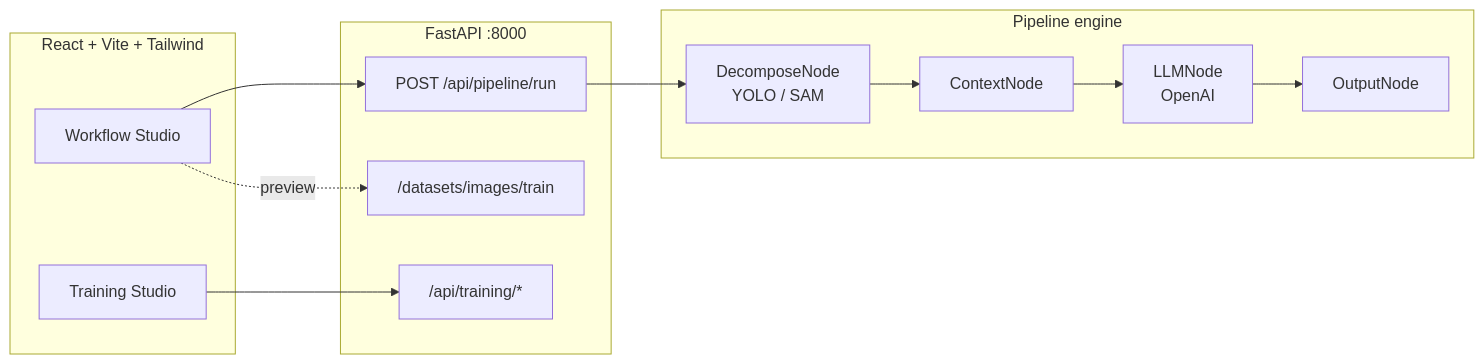
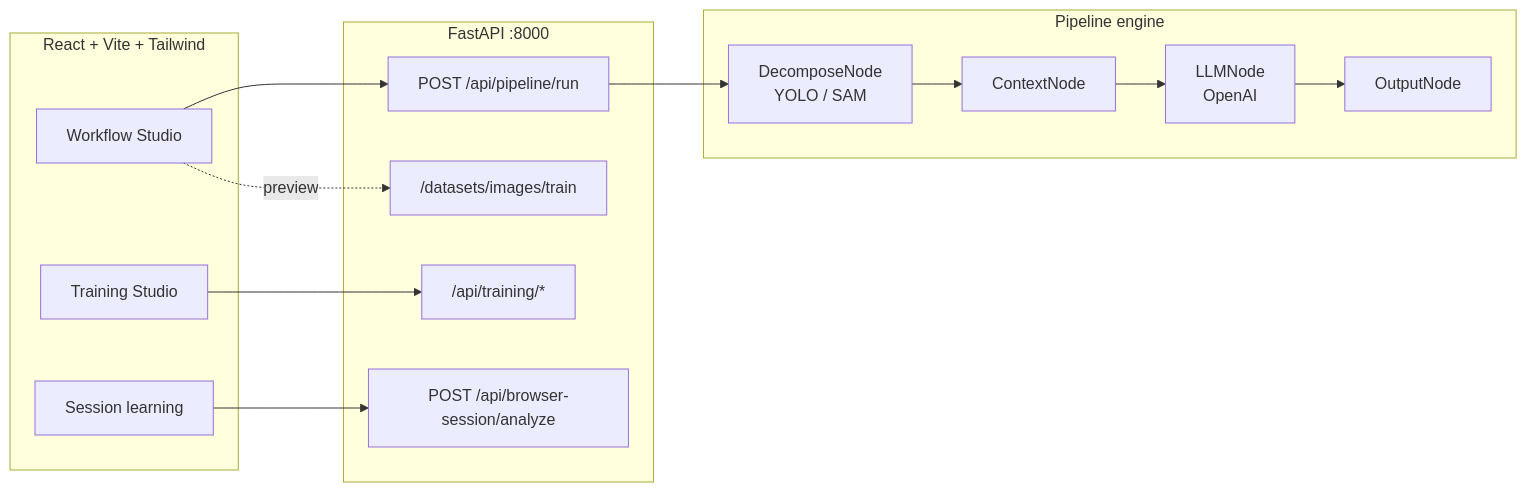
Before and after one commit to harshadindigal-dev/vision-workbench: the diagram in README.md, drawn with Mermaid. The commit also changed other lines of this file and 6 other files, not shown here.

First line of the commit message:
feat(session): analyze screen recordings — timeline, diff hints, optional VLM

````diff
--- a/README.md
+++ b/README.md
@@ -272,26 +273,29 @@
 ```mermaid
 flowchart LR
   subgraph UI["React + Vite + Tailwind"]
     W[Workflow Studio]
     T[Training Studio]
+    S[Session learning]
   end
 
   subgraph API["FastAPI :8000"]
     P["POST /api/pipeline/run"]
     TR["/api/training/*"]
+    BS["POST /api/browser-session/analyze"]
     ST["/datasets/images/train"]
   end
 
   subgraph Engine["Pipeline engine"]
     D[DecomposeNode\nYOLO / SAM]
     C[ContextNode]
     L[LLMNode\nOpenAI]
     O[OutputNode]
   end
 
   W --> P
   T --> TR
+  S --> BS
   W -. preview .-> ST
 
   P --> D --> C --> L --> O
 ```
````
